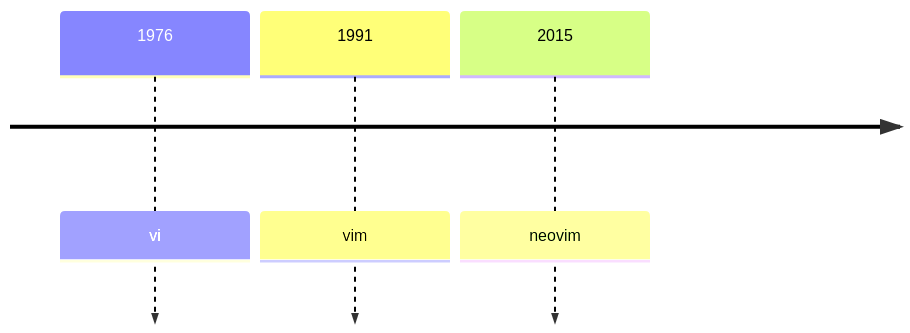
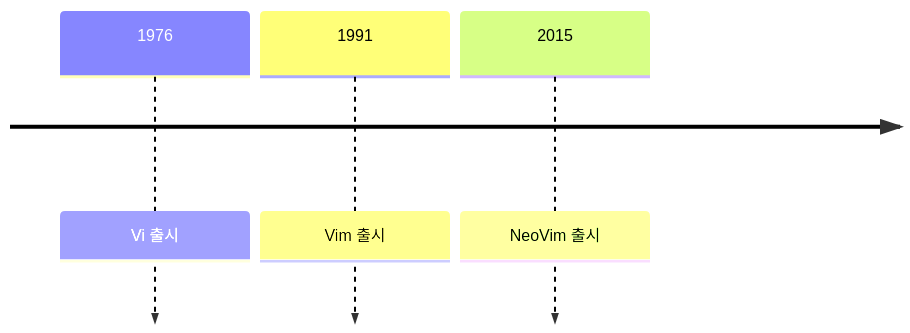
One commit to choesimin/choesimin.github.io changed the diagram in _notes/tool/vim.md. Above: the diagram before and after it, drawn with Mermaid. The commit also changed other lines of this file and 3 other files, not shown here.

````diff
--- a/_notes/tool/vim.md
+++ b/_notes/tool/vim.md
@@ -19,7 +19,7 @@
 ```mermaid
 timeline
 
-1976 : vi
-1991 : vim
-2015 : neovim
+1976 : Vi 출시
+1991 : Vim 출시
+2015 : NeoVim 출시
 ```
````
